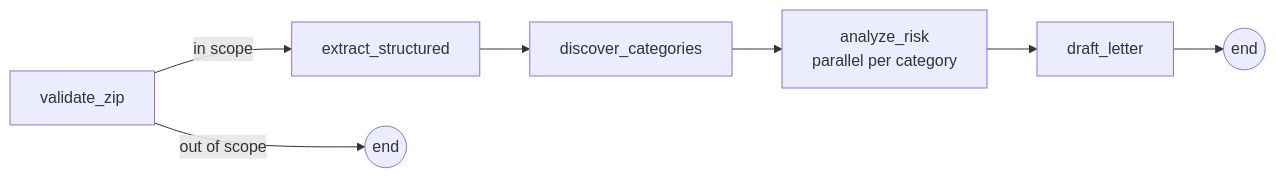
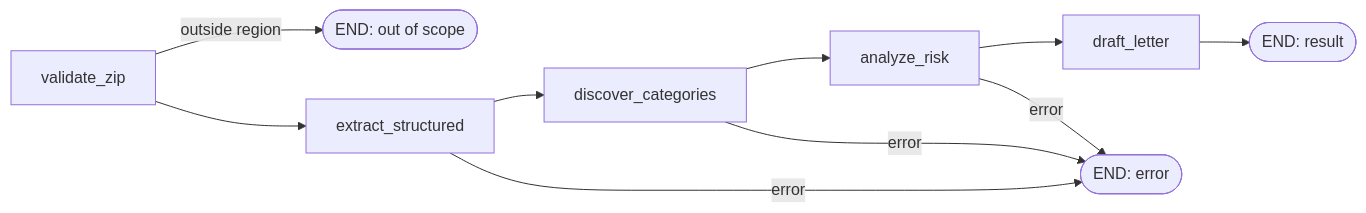
Before and after one commit to fardaevm/leazard: the second of 2 diagrams in README.md, drawn with Mermaid. The commit also changed other lines of this file, not shown here.

````diff
--- a/README.md
+++ b/README.md
@@ -58,9 +150,10 @@
 ```mermaid
 flowchart LR
-    A[validate_zip] -->|in scope| B[extract_structured]
-    A -->|out of scope| END1((end))
-    B --> C[discover_categories]
-    C --> D[analyze_risk<br/>parallel per category]
-    D --> E[draft_letter]
-    E --> END2((end))
+    Z[validate_zip] -->|outside region| OUT([END: out of scope])
+    Z --> E[extract_structured]
+    E --> C[discover_categories]
+    C --> R[analyze_risk]
+    R --> L[draft_letter]
+    L --> DONE([END: result])
+    E & C & R -->|error| ERR([END: error])
 ```
````
